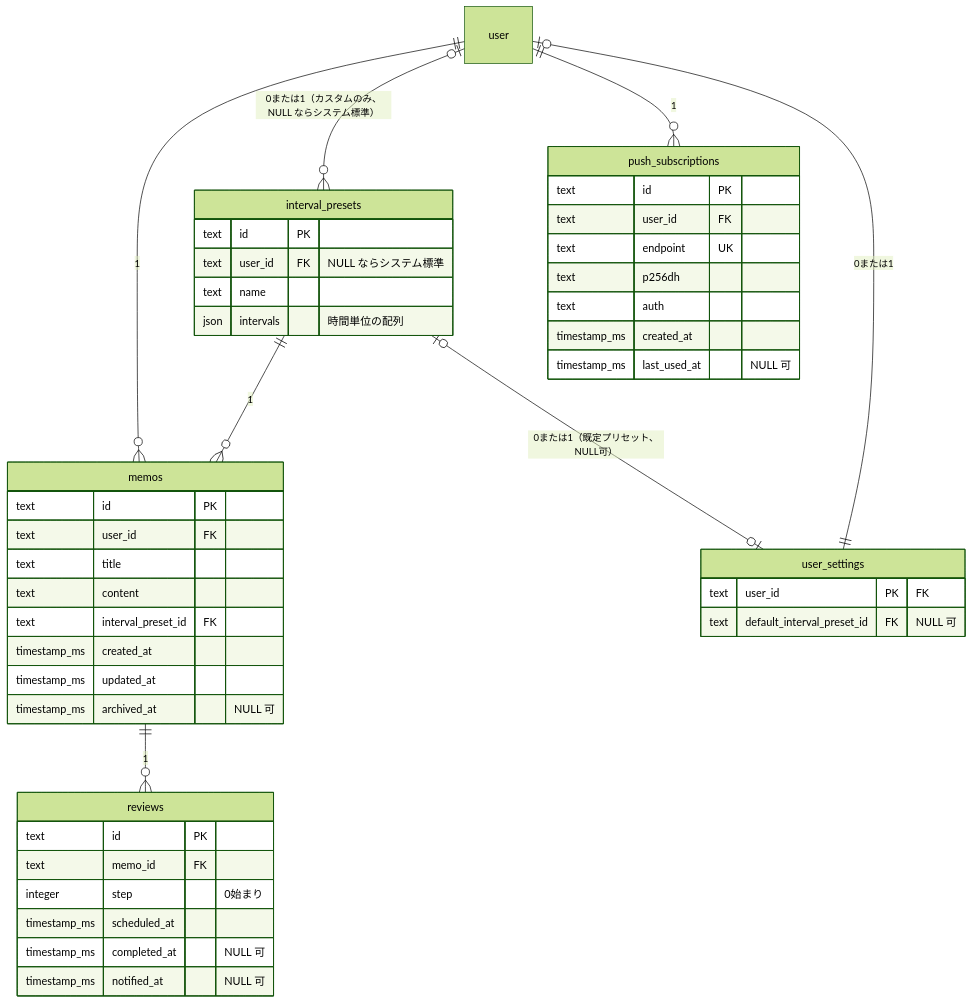
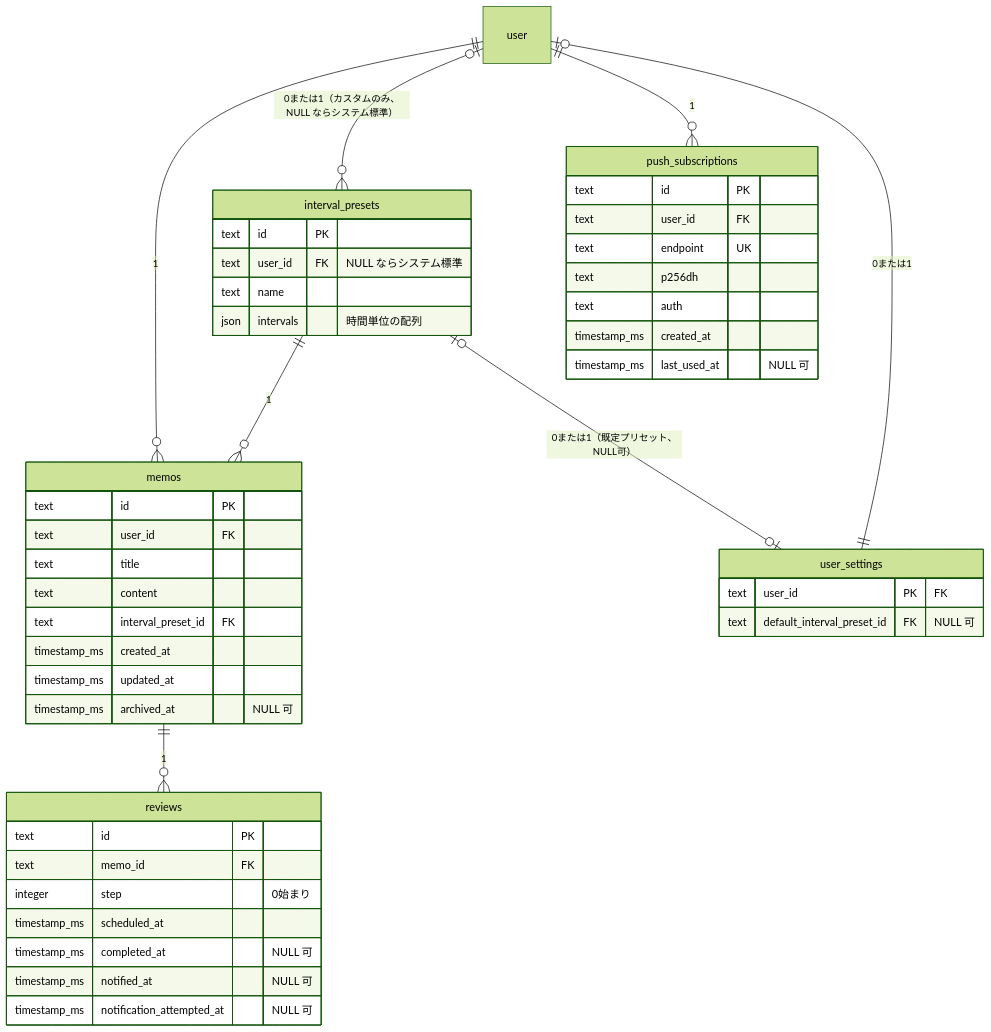
The diagram in docs/schema.md (tom-chiba/ebb), drawn with Mermaid (forest theme) before and after one commit. The commit also changed other lines of this file and 13 other files, not shown here.

````diff
--- a/docs/schema.md
+++ b/docs/schema.md
@@ -9,48 +9,49 @@
 ```mermaid
 erDiagram
     user ||--o{ memos : "1"
     user |o--o{ interval_presets : "0または1（カスタムのみ、NULL ならシステム標準）"
     user ||--o{ push_subscriptions : "1"
     user |o--|| user_settings : "0または1"
     interval_presets ||--o{ memos : "1"
     interval_presets |o--o| user_settings : "0または1（既定プリセット、NULL可）"
     memos ||--o{ reviews : "1"
 
     interval_presets {
         text id PK
         text user_id FK "NULL ならシステム標準"
         text name
         json intervals "時間単位の配列"
     }
     memos {
         text id PK
         text user_id FK
         text title
         text content
         text interval_preset_id FK
         timestamp_ms created_at
         timestamp_ms updated_at
         timestamp_ms archived_at "NULL 可"
     }
     reviews {
         text id PK
         text memo_id FK
         integer step "0始まり"
         timestamp_ms scheduled_at
         timestamp_ms completed_at "NULL 可"
         timestamp_ms notified_at "NULL 可"
+        timestamp_ms notification_attempted_at "NULL 可"
     }
     push_subscriptions {
         text id PK
         text user_id FK
         text endpoint UK
         text p256dh
         text auth
         timestamp_ms created_at
         timestamp_ms last_used_at "NULL 可"
     }
     user_settings {
         text user_id PK "FK"
         text default_interval_preset_id FK "NULL 可"
     }
 ```
````
